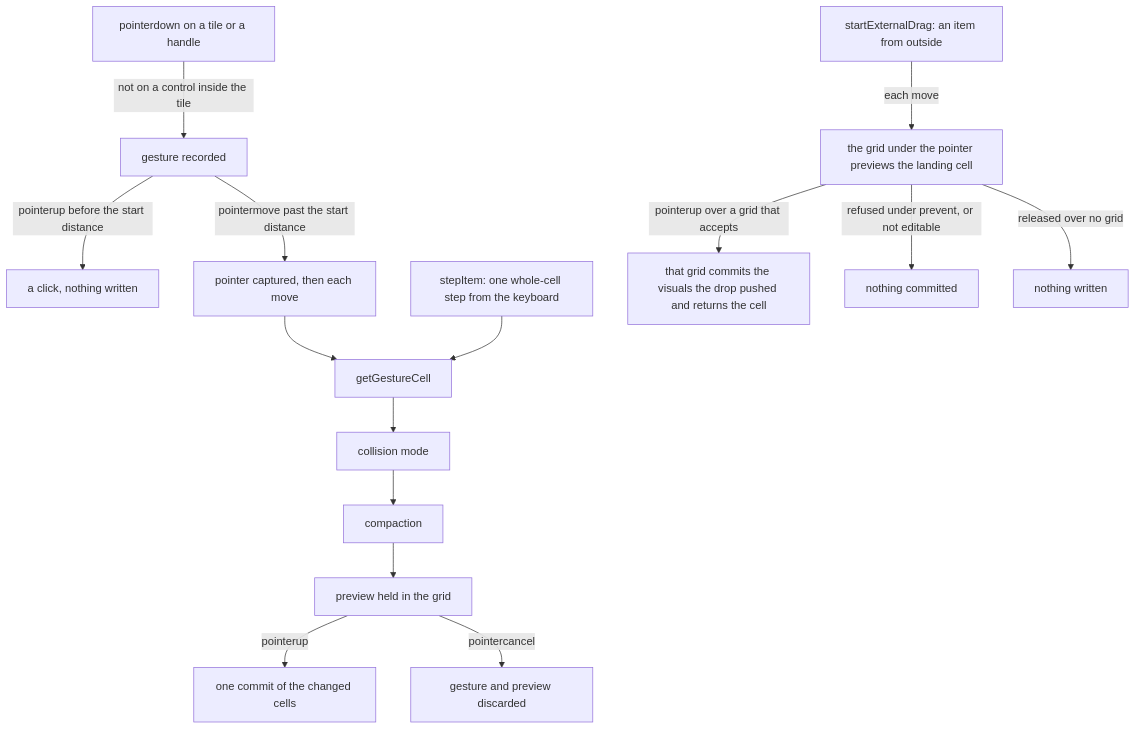
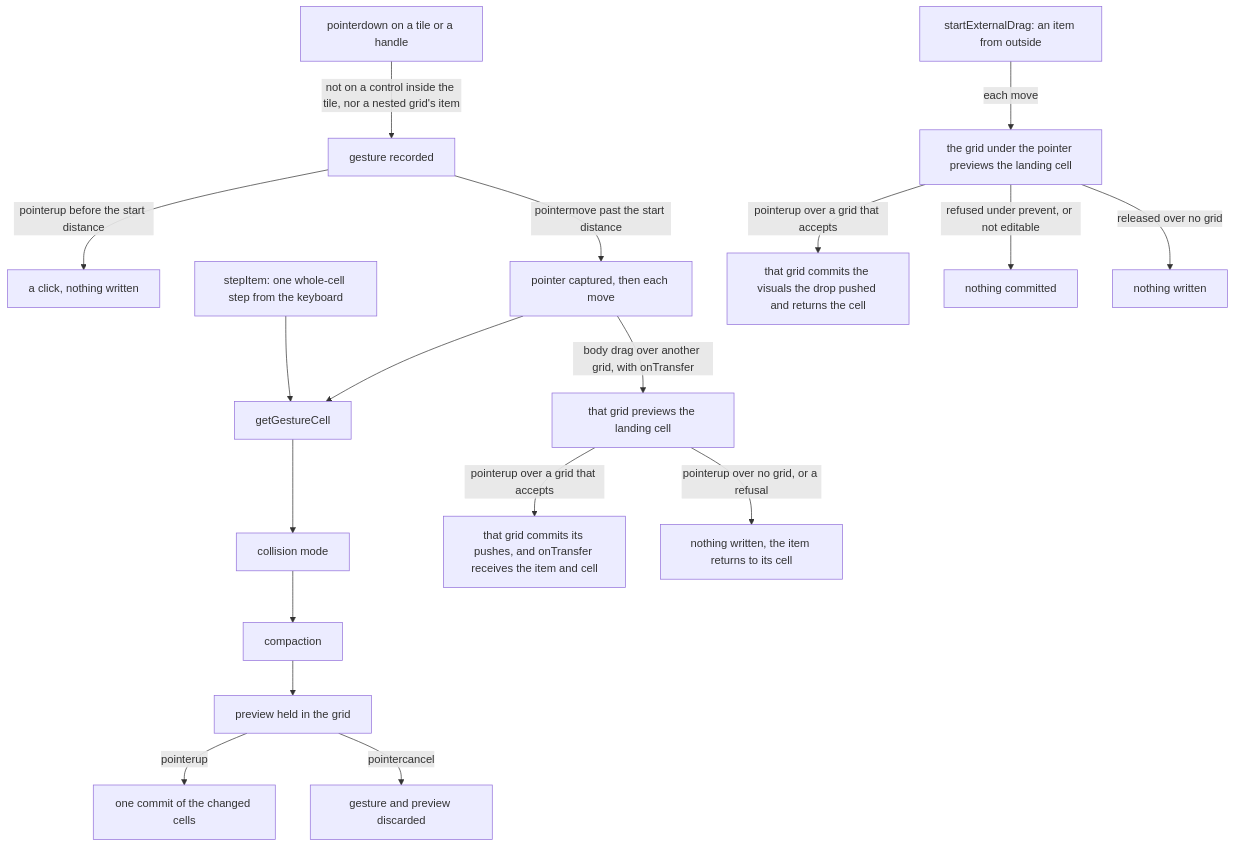
One commit to Esposter/Esposter changed the diagram in openspec/specs/vue-grid-layout-headless/grid-layout/design.md. Above: the diagram before and after it, drawn with Mermaid. The commit also changed other lines of this file and 3 other files, not shown here.

First line of the commit message:
docs(vue-grid-layout-headless): the cross-grid move and nested presses are built and specified

````diff
--- a/openspec/specs/vue-grid-layout-headless/grid-layout/design.md
+++ b/openspec/specs/vue-grid-layout-headless/grid-layout/design.md
@@ -15,17 +17,20 @@
 ```mermaid
 flowchart TD
-  press["pointerdown on a tile or a handle"] -->|"not on a control inside the tile"| gesture["gesture recorded"]
+  press["pointerdown on a tile or a handle"] -->|"not on a control inside the tile, nor a nested grid's item"| gesture["gesture recorded"]
   gesture -->|"pointerup before the start distance"| click["a click, nothing written"]
   gesture -->|"pointermove past the start distance"| captured["pointer captured, then each move"]
   captured --> cell["getGestureCell"]
   step["stepItem: one whole-cell step from the keyboard"] --> cell
   cell --> collide["collision mode"]
   collide --> compact["compaction"]
   compact --> preview["preview held in the grid"]
   preview -->|"pointerup"| commit["one commit of the changed cells"]
   preview -->|"pointercancel"| discarded["gesture and preview discarded"]
+  captured -->|"body drag over another grid, with onTransfer"| held["that grid previews the landing cell"]
+  held -->|"pointerup over a grid that accepts"| handed["that grid commits its pushes, and onTransfer receives the item and cell"]
+  held -->|"pointerup over no grid, or a refusal"| returned["nothing written, the item returns to its cell"]
   drop["startExternalDrag: an item from outside"] -->|"each move"| ext["the grid under the pointer previews the landing cell"]
   ext -->|"pointerup over a grid that accepts"| accepted["that grid commits the visuals the drop pushed and returns the cell"]
   ext -->|"refused under prevent, or not editable"| refused["nothing committed"]
   ext -->|"released over no grid"| dropped["nothing written"]
 ```
````
